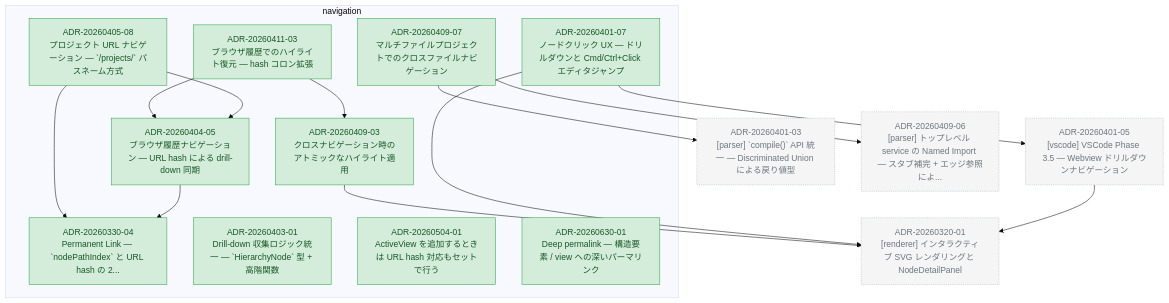
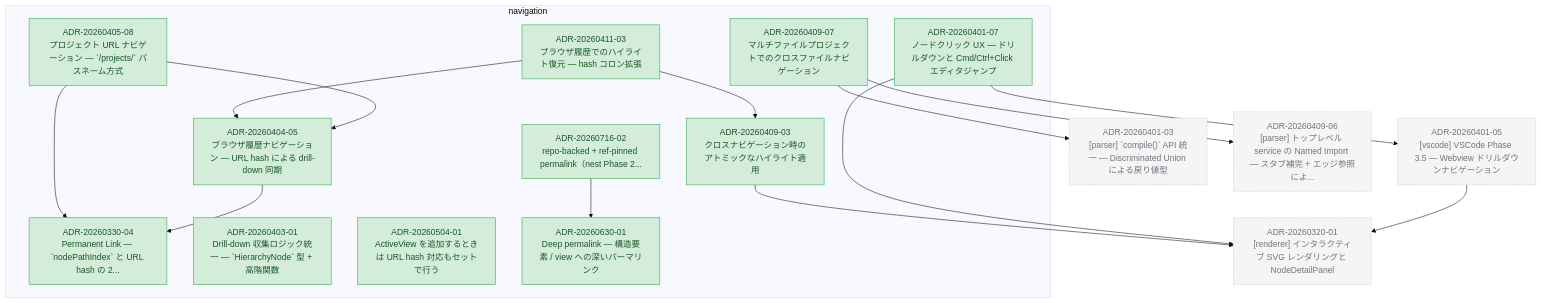
Before and after one commit to kompiro/karasu: the diagram in docs/adr/graph/navigation.md, drawn with Mermaid (base theme). The commit also changed other lines of this file and 8 other files, not shown here.

First line of the commit message:
docs(adr): promote repo-backed permalink design to ADR-20260716-02 (#1828)

````diff
--- a/docs/adr/graph/navigation.md
+++ b/docs/adr/graph/navigation.md
@@ -6,51 +6,54 @@
 ```mermaid
 flowchart TD
   subgraph navigation["navigation"]
     ADR_20260330_04["ADR-20260330-04<br/>Permanent Link — `nodePathIndex` と URL hash の 2..."]
     ADR_20260401_07["ADR-20260401-07<br/>ノードクリック UX — ドリルダウンと Cmd/Ctrl+Click エディタジャンプ"]
     ADR_20260403_01["ADR-20260403-01<br/>Drill-down 収集ロジック統一 — `HierarchyNode` 型 + 高階関数"]
     ADR_20260404_05["ADR-20260404-05<br/>ブラウザ履歴ナビゲーション — URL hash による drill-down 同期"]
     ADR_20260405_08["ADR-20260405-08<br/>プロジェクト URL ナビゲーション — `/projects/<uuid>` パスネーム方式"]
     ADR_20260409_03["ADR-20260409-03<br/>クロスナビゲーション時のアトミックなハイライト適用"]
     ADR_20260409_07["ADR-20260409-07<br/>マルチファイルプロジェクトでのクロスファイルナビゲーション"]
     ADR_20260411_03["ADR-20260411-03<br/>ブラウザ履歴でのハイライト復元 — hash コロン拡張"]
     ADR_20260504_01["ADR-20260504-01<br/>ActiveView を追加するときは URL hash 対応もセットで行う"]
     ADR_20260630_01["ADR-20260630-01<br/>Deep permalink — 構造要素 / view への深いパーマリンク"]
+    ADR_20260716_02["ADR-20260716-02<br/>repo-backed + ref-pinned permalink（nest Phase 2..."]
   end
   ADR_20260320_01["ADR-20260320-01<br/>[renderer] インタラクティブ SVG レンダリングと NodeDetailPanel"]
   ADR_20260401_03["ADR-20260401-03<br/>[parser] `compile()` API 統一 — Discriminated Union による戻り値型"]
   ADR_20260401_05["ADR-20260401-05<br/>[vscode] VSCode Phase 3.5 — Webview ドリルダウンナビゲーション"]
   ADR_20260409_06["ADR-20260409-06<br/>[parser] トップレベル service の Named Import — スタブ補完 + エッジ参照によ..."]
   ADR_20260401_07 --> ADR_20260320_01
   ADR_20260401_07 --> ADR_20260401_05
   ADR_20260404_05 --> ADR_20260330_04
   ADR_20260405_08 --> ADR_20260404_05
   ADR_20260405_08 --> ADR_20260330_04
   ADR_20260409_03 --> ADR_20260320_01
   ADR_20260409_07 --> ADR_20260409_06
   ADR_20260409_07 --> ADR_20260401_03
   ADR_20260411_03 --> ADR_20260409_03
   ADR_20260411_03 --> ADR_20260404_05
+  ADR_20260716_02 --> ADR_20260630_01
   ADR_20260401_05 --> ADR_20260320_01
 
   classDef accepted fill:#d4edda,stroke:#28a745,color:#155724
   classDef proposed fill:#fff3cd,stroke:#ffc107,color:#856404
   classDef deprecated fill:#f8d7da,stroke:#dc3545,color:#721c24
   classDef superseded fill:#e2e3e5,stroke:#6c757d,color:#383d41
   classDef not_adopted fill:#e2e3e5,stroke:#6c757d,color:#383d41,stroke-dasharray:3 3
   classDef ghost fill:#f5f5f5,stroke:#adb5bd,color:#6c757d,stroke-dasharray:2 2
   class ADR_20260330_04 accepted
   class ADR_20260401_07 accepted
   class ADR_20260403_01 accepted
   class ADR_20260404_05 accepted
   class ADR_20260405_08 accepted
   class ADR_20260409_03 accepted
   class ADR_20260409_07 accepted
   class ADR_20260411_03 accepted
   class ADR_20260504_01 accepted
   class ADR_20260630_01 accepted
+  class ADR_20260716_02 accepted
   class ADR_20260320_01 ghost
   class ADR_20260401_03 ghost
   class ADR_20260401_05 ghost
   class ADR_20260409_06 ghost
 ```
````
